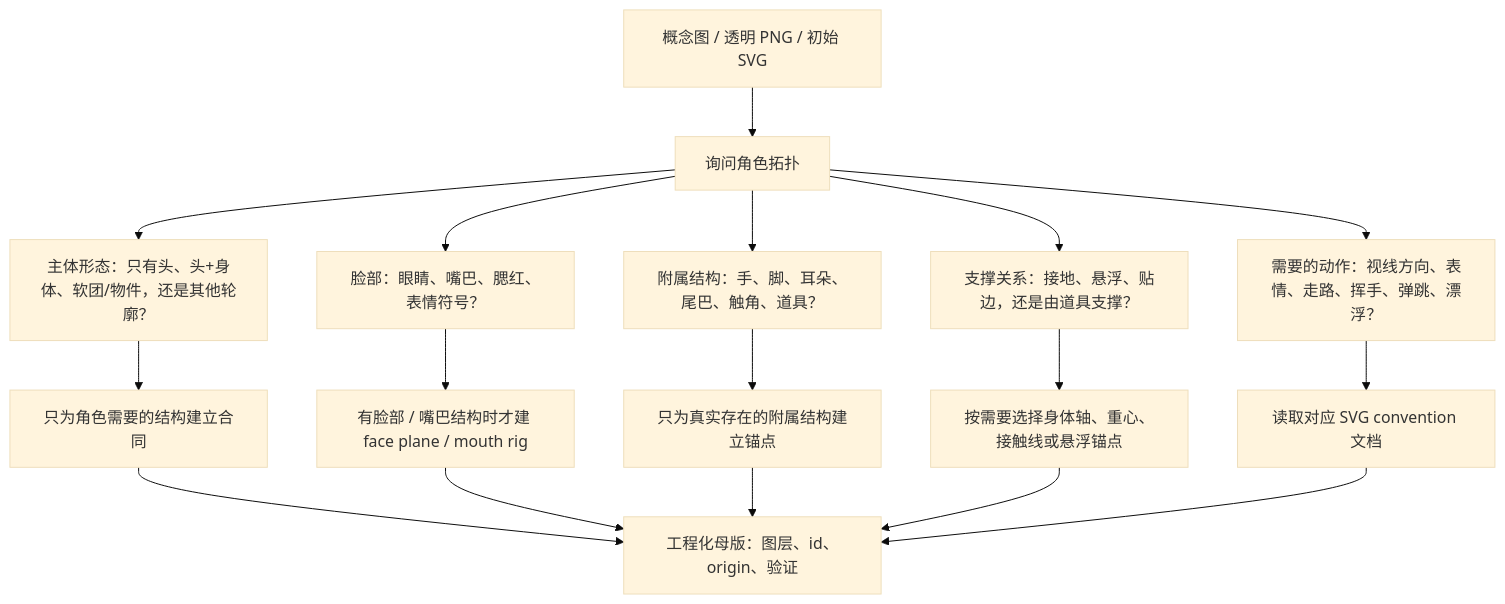
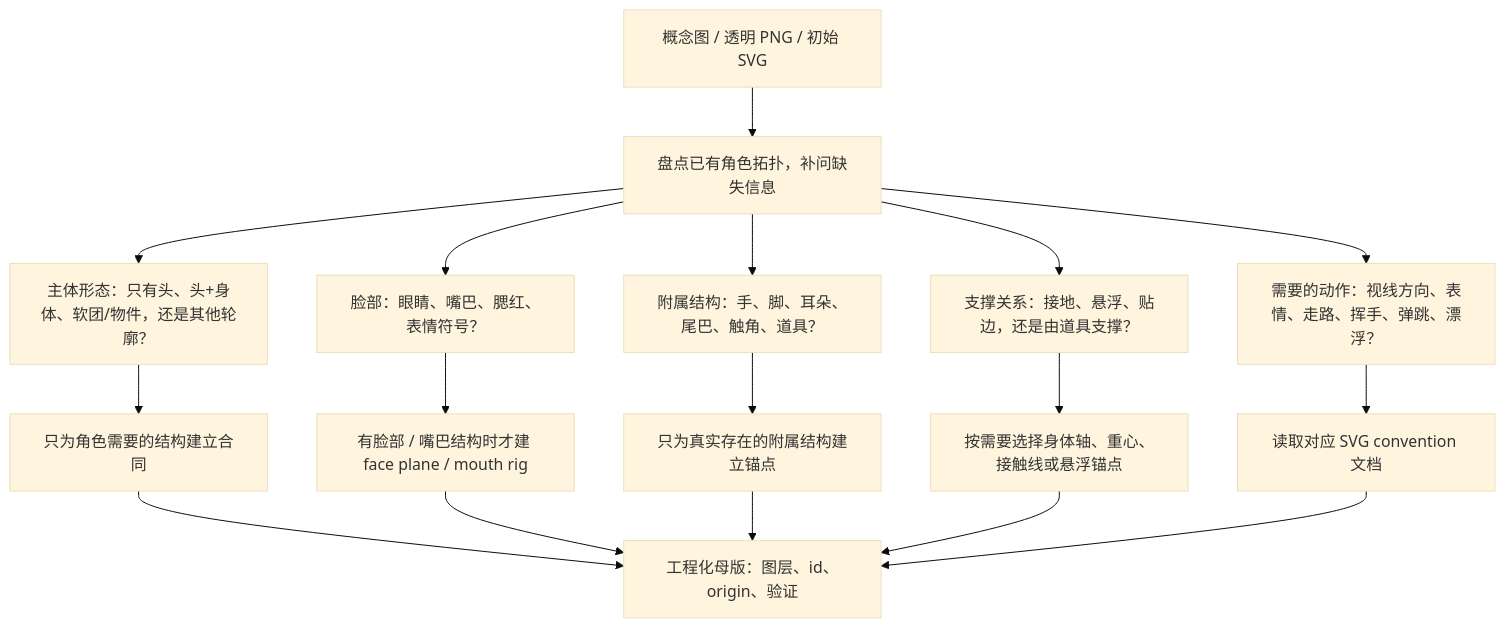
One commit to rullerzhou-afk/pet-forge changed the diagram in README.md. Above: the diagram before and after it, drawn with Mermaid (base theme). The commit also changed other lines of this file and 17 other files, not shown here.

````diff
--- a/README.md
+++ b/README.md
@@ -45,21 +49,21 @@
 ```mermaid
 flowchart TD
-  A["概念图 / 透明 PNG / 初始 SVG"] --> B["询问角色拓扑"]
+  A["概念图 / 透明 PNG / 初始 SVG"] --> B["盘点已有角色拓扑，补问缺失信息"]
   B --> C["主体形态：只有头、头+身体、软团/物件，还是其他轮廓？"]
   B --> D["脸部：眼睛、嘴巴、腮红、表情符号？"]
   B --> E["附属结构：手、脚、耳朵、尾巴、触角、道具？"]
   B --> F["支撑关系：接地、悬浮、贴边，还是由道具支撑？"]
   B --> G["需要的动作：视线方向、表情、走路、挥手、弹跳、漂浮？"]
 
   C --> H["只为角色需要的结构建立合同"]
   D --> I["有脸部 / 嘴巴结构时才建 face plane / mouth rig"]
   E --> J["只为真实存在的附属结构建立锚点"]
   F --> K["按需要选择身体轴、重心、接触线或悬浮锚点"]
   G --> L["读取对应 SVG convention 文档"]
 
   H --> M["工程化母版：图层、id、origin、验证"]
   I --> M
   J --> M
   K --> M
   L --> M
 ```
````
